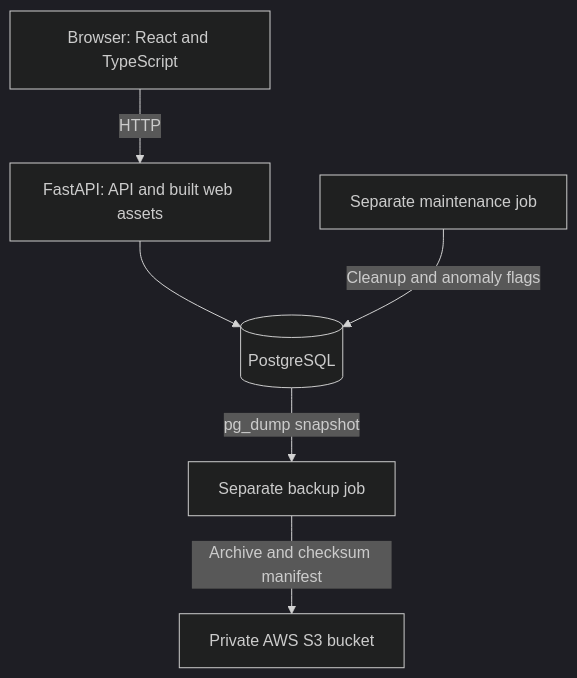
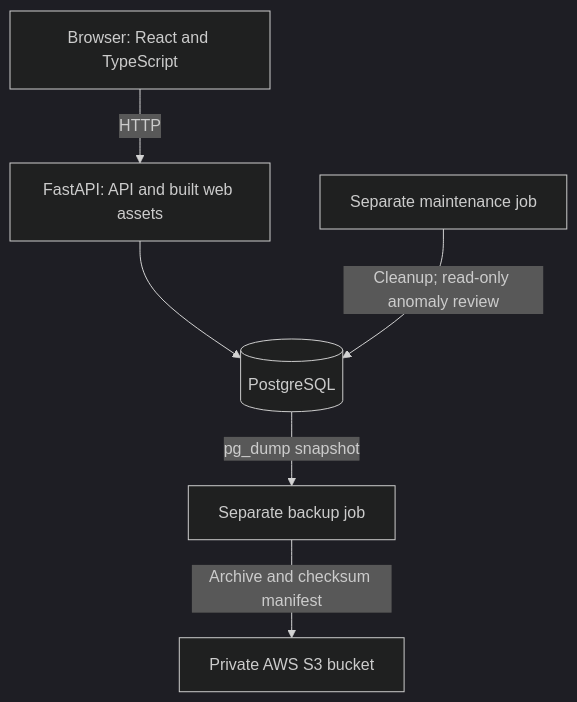
The diagram in README.md (on-tempo/skillissue-sekiro), drawn with Mermaid (dark theme) before and after one commit. The commit also changed other lines of this file and 9 other files, not shown here.

````diff
--- a/README.md
+++ b/README.md
@@ -34,8 +34,8 @@
 ```mermaid
 flowchart TD
     Browser[Browser: React and TypeScript] -->|HTTP| Web[FastAPI: API and built web assets]
     Web --> DB[(PostgreSQL)]
-    Maintenance[Separate maintenance job] -->|Cleanup and anomaly flags| DB
+    Maintenance[Separate maintenance job] -->|Cleanup; read-only anomaly review| DB
     DB -->|pg_dump snapshot| Backup[Separate backup job]
     Backup -->|Archive and checksum manifest| S3[Private AWS S3 bucket]
 ```
````
